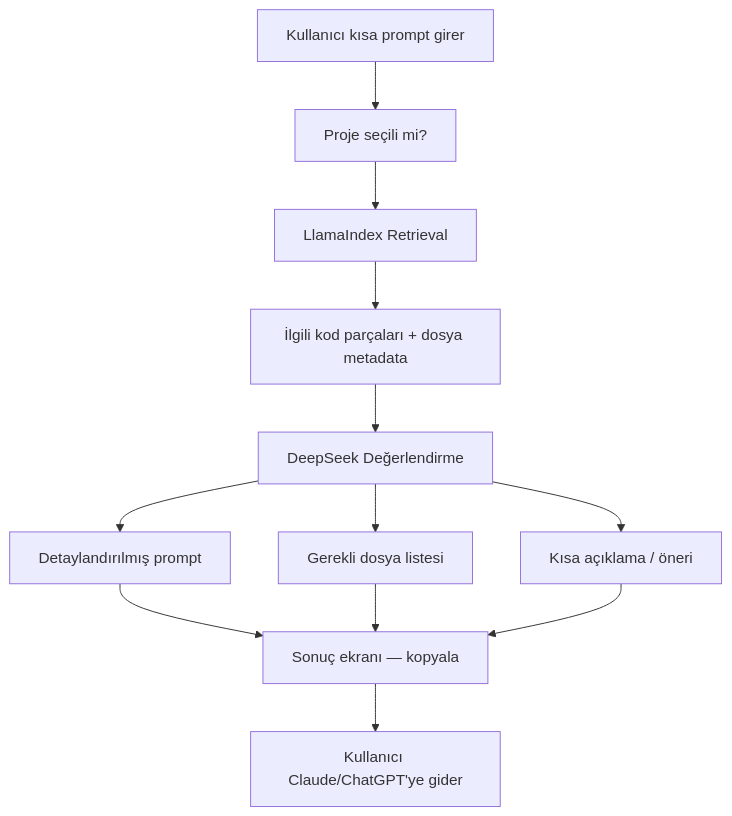
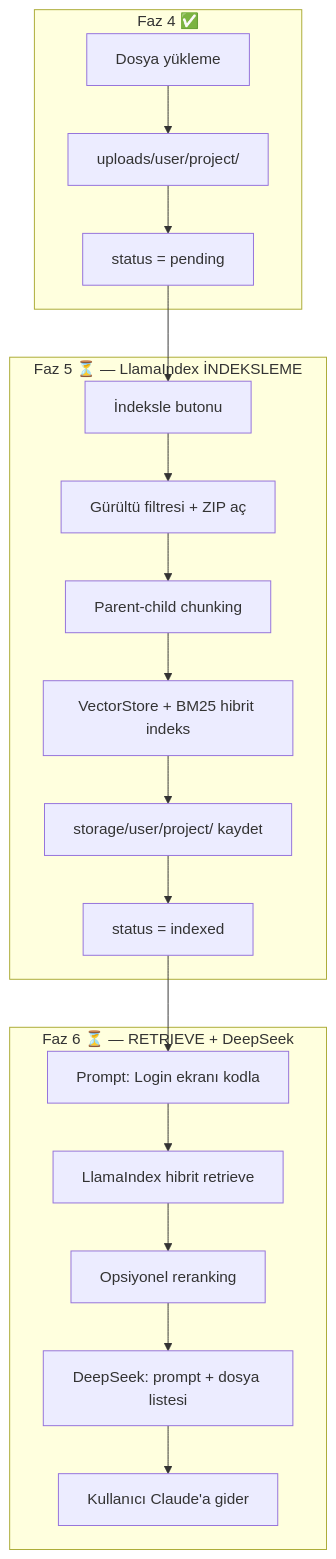
The diagram in cursor.md (eferecep/ContextCraft), drawn with Mermaid before and after one commit. The commit also changed other lines of this file and 3 other files, not shown here.

First line of the commit message:
Faz 5 hazırlığı: LlamaIndex API key altyapısı ve cursor.md güncellendi.

````diff
--- a/cursor.md
+++ b/cursor.md
@@ -148,14 +174,25 @@
 ```mermaid
 flowchart TD
-    A[Kullanıcı kısa prompt girer] --> B[Proje seçili mi?]
-    B --> C[LlamaIndex Retrieval]
-    C --> D[İlgili kod parçaları + dosya metadata]
-    D --> E[DeepSeek Değerlendirme]
-    E --> F[Detaylandırılmış prompt]
-    E --> G[Gerekli dosya listesi]
-    E --> H[Kısa açıklama / öneri]
-    F --> I[Sonuç ekranı — kopyala]
-    G --> I
-    H --> I
-    I --> J[Kullanıcı Claude/ChatGPT'ye gider]
+    subgraph faz4 ["Faz 4 ✅"]
+        A1[Dosya yükleme] --> A2["uploads/user/project/"]
+        A2 --> A3["status = pending"]
+    end
+
+    subgraph faz5 ["Faz 5 ⏳ — LlamaIndex İNDEKSLEME"]
+        B1[İndeksle butonu] --> B2[Gürültü filtresi + ZIP aç]
+        B2 --> B3[Parent-child chunking]
+        B3 --> B4[VectorStore + BM25 hibrit indeks]
+        B4 --> B5["storage/user/project/ kaydet"]
+        B5 --> B6["status = indexed"]
+    end
+
+    subgraph faz6 ["Faz 6 ⏳ — RETRIEVE + DeepSeek"]
+        C1["Prompt: Login ekranı kodla"] --> C2["LlamaIndex hibrit retrieve"]
+        C2 --> C3["Opsiyonel reranking"]
+        C3 --> C4["DeepSeek: prompt + dosya listesi"]
+        C4 --> C5[Kullanıcı Claude'a gider]
+    end
+
+    A3 --> B1
+    B6 --> C1
 ```
````
